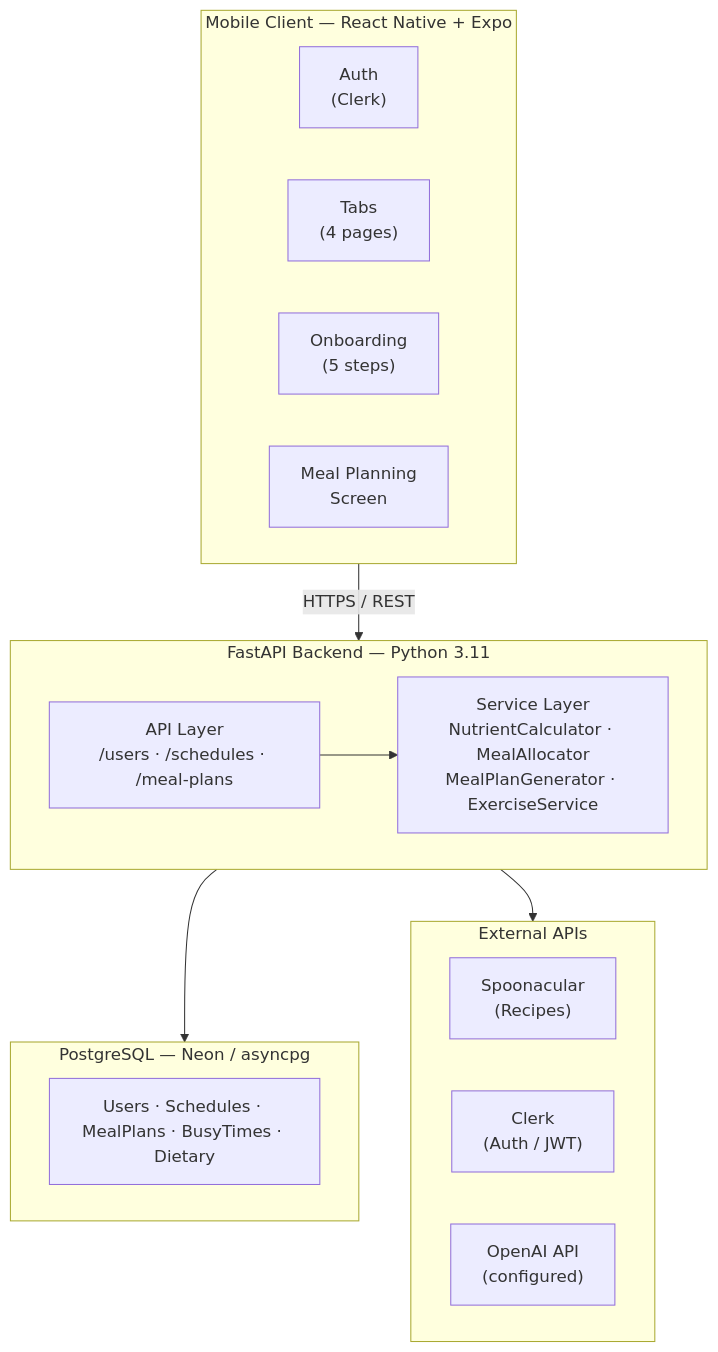
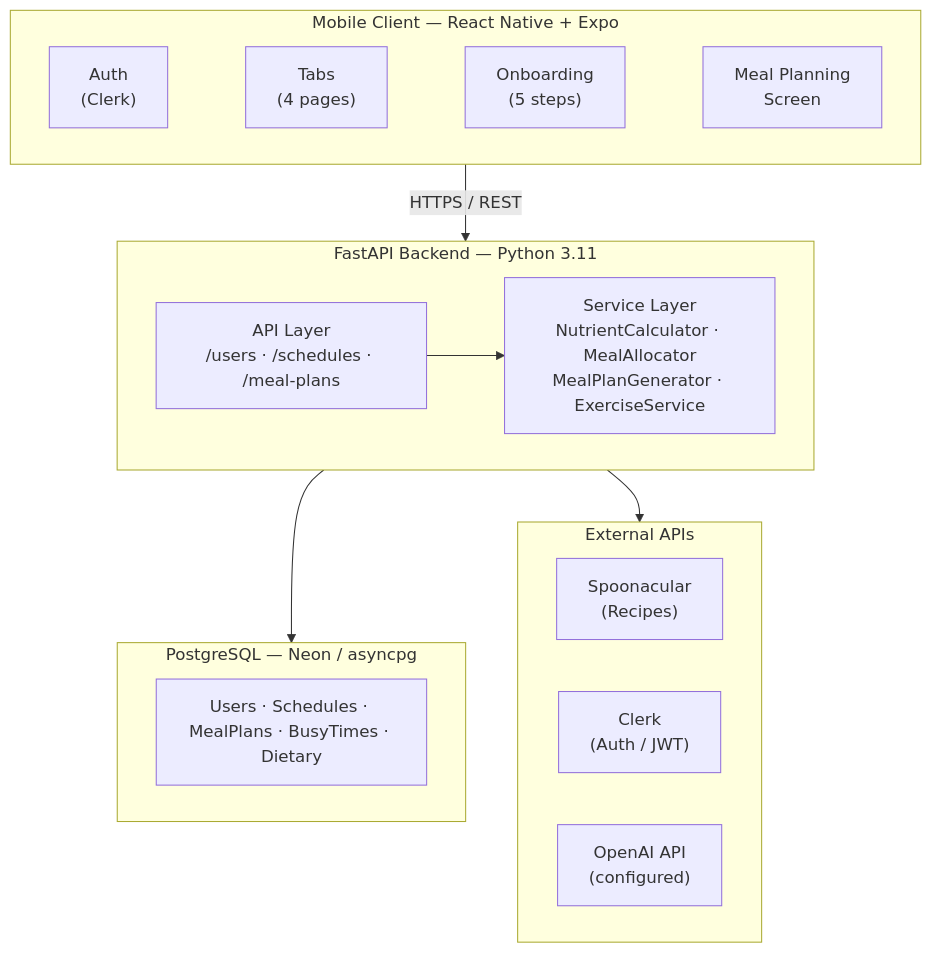
One commit to emersonmaddock/sophros changed the first of 3 diagrams in docs/ARCHITECTURE.md. Above: the diagram before and after it, drawn with Mermaid.

Commit message:
docs: fix mermaid text wrap

````diff
--- a/docs/ARCHITECTURE.md
+++ b/docs/ARCHITECTURE.md
@@ -13,31 +13,28 @@
 ```mermaid
 graph TD
-    subgraph Client["Mobile Client — React Native + Expo"]
+    subgraph Client["Mobile&nbsp;Client&nbsp;—&nbsp;React&nbsp;Native&nbsp;+&nbsp;Expo"]
         direction LR
-        Auth["Auth<br/>(Clerk)"]
-        Tabs["Tabs<br/>(4 pages)"]
-        Onboarding["Onboarding<br/>(5 steps)"]
-        MealPlan["Meal Planning<br/>Screen"]
+        Auth["Auth<br/>(Clerk)"] ~~~ Tabs["Tabs<br/>(4 pages)"] ~~~ Onboarding["Onboarding<br/>(5 steps)"] ~~~ MealPlan["Meal Planning<br/>Screen"]
     end
 
     Client -- "HTTPS / REST" --> Backend
 
-    subgraph Backend["FastAPI Backend — Python 3.11"]
+    subgraph Backend["FastAPI&nbsp;Backend&nbsp;—&nbsp;Python&nbsp;3.11"]
         API["API Layer<br/>/users · /schedules · /meal-plans"]
         API --> Services["Service Layer<br/>NutrientCalculator · MealAllocator<br/>MealPlanGenerator · ExerciseService"]
     end
 
     Backend --> DB
     Backend --> External
 
-    subgraph DB["PostgreSQL — Neon / asyncpg"]
+    subgraph DB["PostgreSQL&nbsp;—&nbsp;Neon&nbsp;/&nbsp;asyncpg"]
         Tables["Users · Schedules · MealPlans · BusyTimes · Dietary"]
     end
 
     subgraph External["External APIs"]
         direction LR
         Spoonacular["Spoonacular<br/>(Recipes)"]
         Clerk["Clerk<br/>(Auth / JWT)"]
         OpenAI["OpenAI API<br/>(configured)"]
     end
 ```
````
